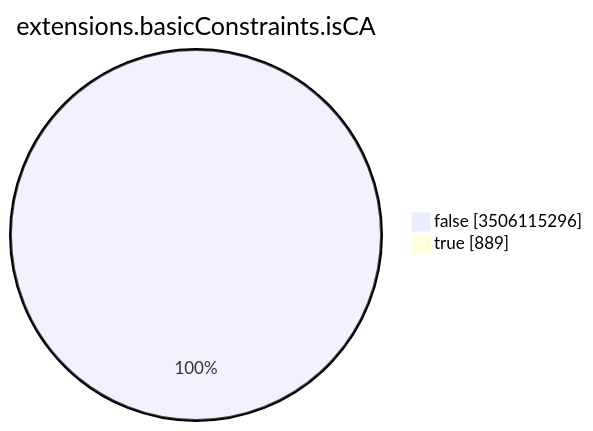
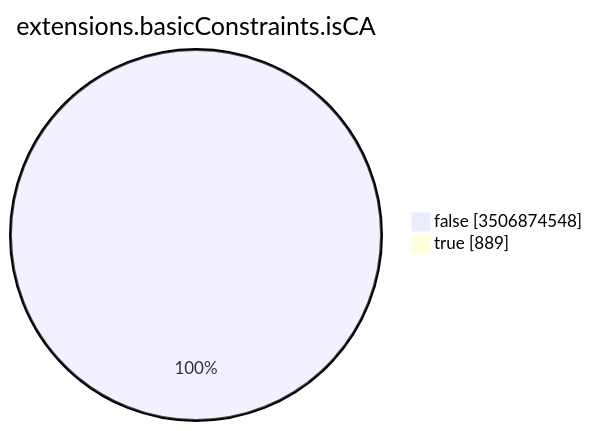
One commit to christiankrug/ctmonitor_visualization changed the seventh of 15 diagrams in TOTAL/README.md. Above: the diagram before and after it, drawn with Mermaid. The commit also changed other lines of this file, not shown here.

````diff
--- a/TOTAL/README.md
+++ b/TOTAL/README.md
@@ -3094,6 +3094,6 @@
 ```mermaid
 pie showData
 title extensions.basicConstraints.isCA
-"false" :3506115296
+"false" :3506874548
 "true" :889
 ```
````
